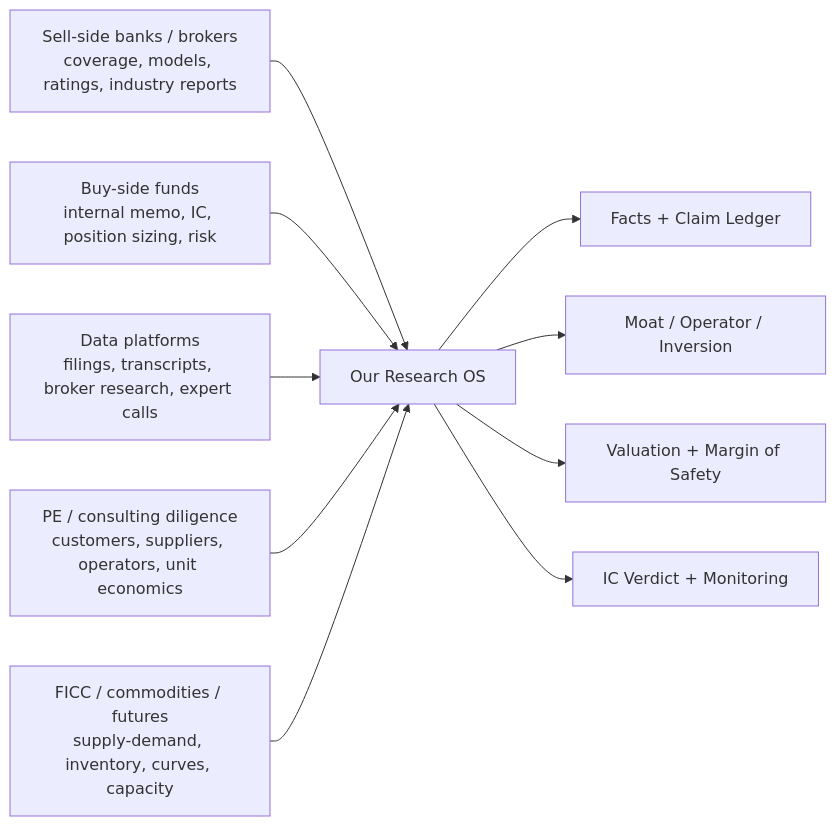
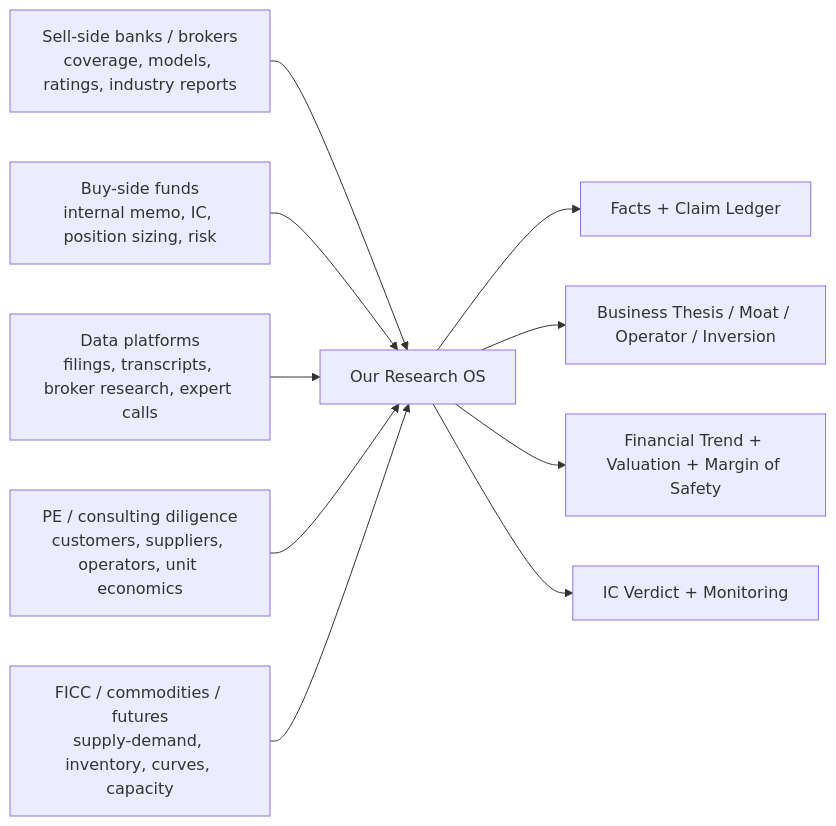
Before and after one commit to Nickcp39/investment_yanda: the second of 2 diagrams in frameworks/research_os_flowchart.md, drawn with Mermaid. The commit also changed other lines of this file and 41 other files, not shown here.

````diff
--- a/frameworks/research_os_flowchart.md
+++ b/frameworks/research_os_flowchart.md
@@ -50,13 +54,13 @@
 ```mermaid
 flowchart LR
   S["Sell-side banks / brokers<br/>coverage, models, ratings, industry reports"] --> OS["Our Research OS"]
   B["Buy-side funds<br/>internal memo, IC, position sizing, risk"] --> OS
   D["Data platforms<br/>filings, transcripts, broker research, expert calls"] --> OS
   P["PE / consulting diligence<br/>customers, suppliers, operators, unit economics"] --> OS
   C["FICC / commodities / futures<br/>supply-demand, inventory, curves, capacity"] --> OS
 
   OS --> O1["Facts + Claim Ledger"]
-  OS --> O2["Moat / Operator / Inversion"]
-  OS --> O3["Valuation + Margin of Safety"]
+  OS --> O2["Business Thesis / Moat / Operator / Inversion"]
+  OS --> O3["Financial Trend + Valuation + Margin of Safety"]
   OS --> O4["IC Verdict + Monitoring"]
 ```
````
